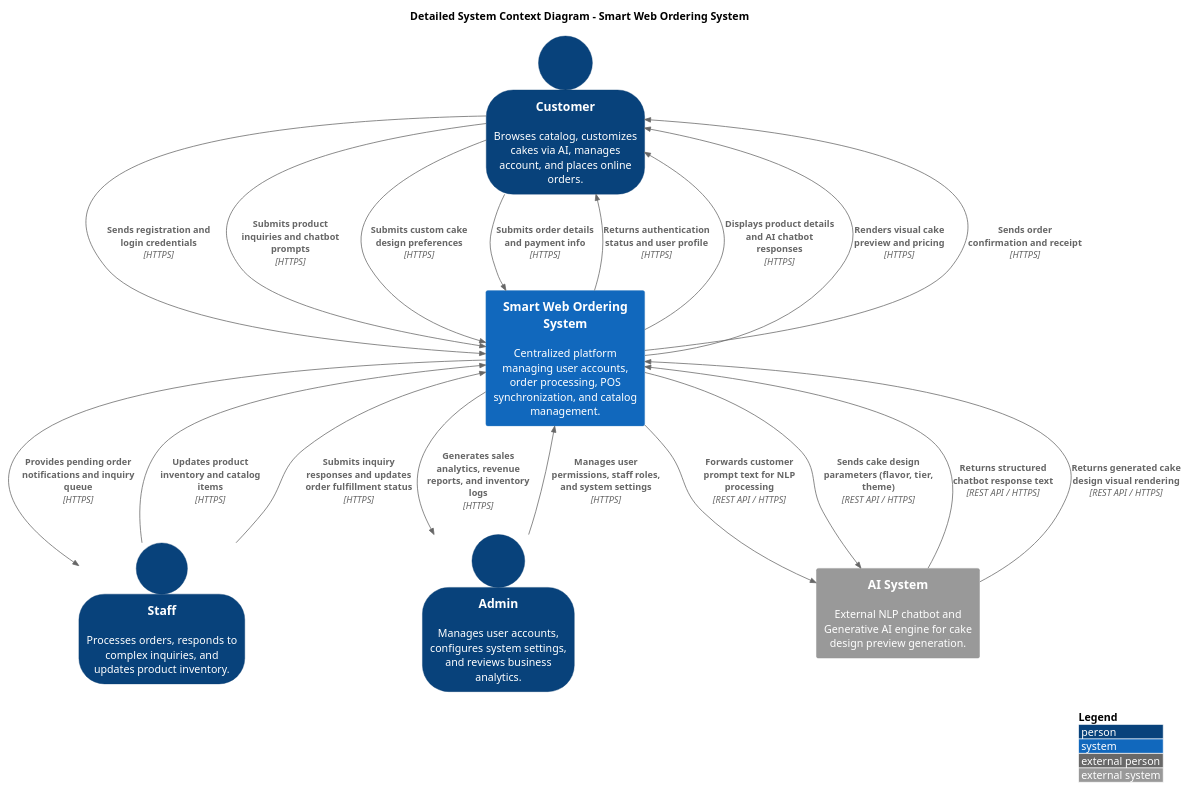
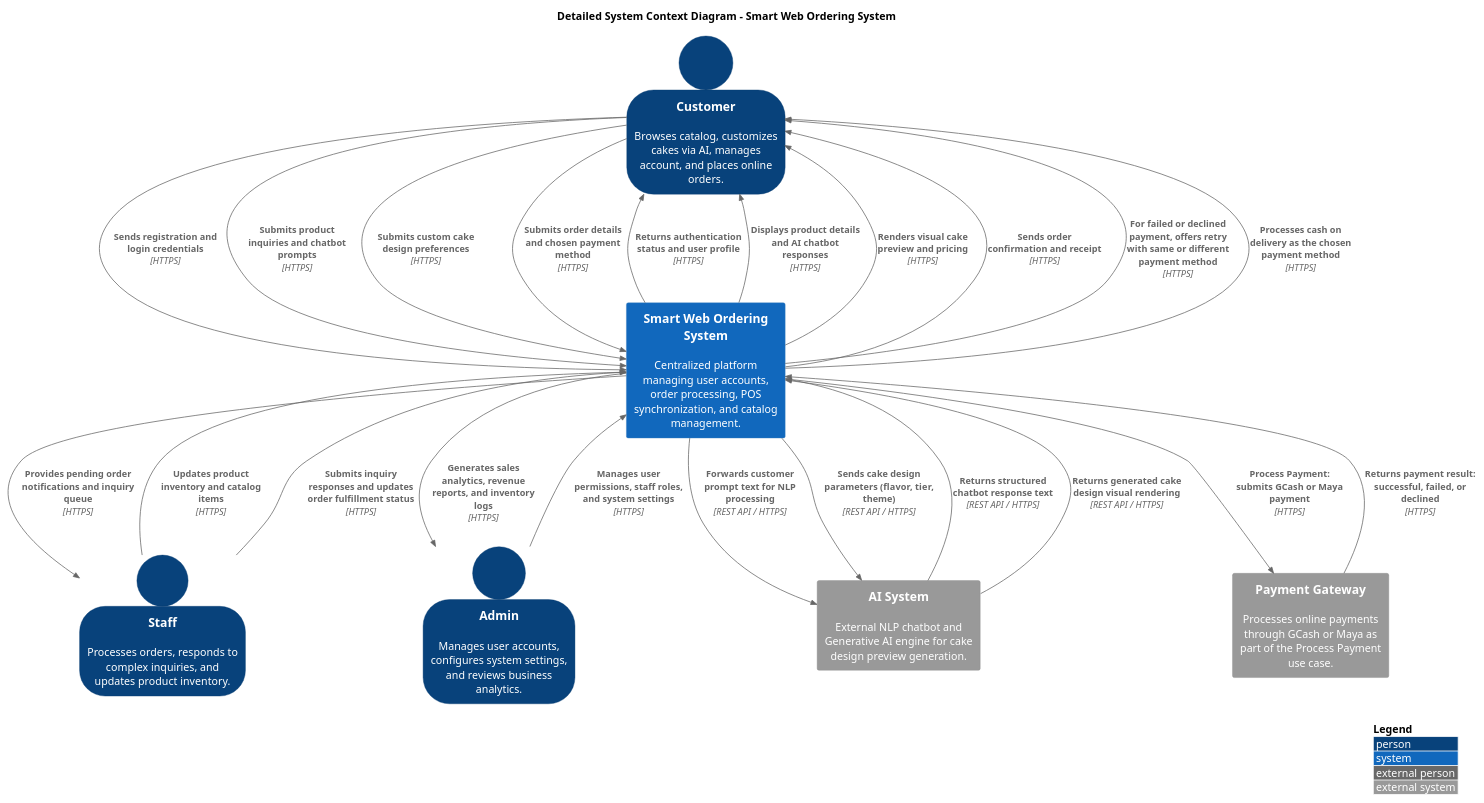
The diagram in PBL/MSYADD/SYSTEM CONTEXT DIAGRAM.puml (APC-SoCIT/APC-2026-2027-T1-IT241-Grp7-Smart-Web-Order-System-for-Mama-Co), drawn with PlantUML before and after one commit.

Commit message:
Update System Context Diagram with added payment details
add Payment Gateway & align terms that was used in the UCD

```diff
--- a/PBL/MSYADD/SYSTEM CONTEXT DIAGRAM.puml
+++ b/PBL/MSYADD/SYSTEM CONTEXT DIAGRAM.puml
@@ -1,49 +1,56 @@
-@startuml
+@startuml System_Context_Diagram
 !include https://raw.githubusercontent.com/plantuml-stdlib/C4-PlantUML/master/C4_Context.puml
 
 SHOW_PERSON_OUTLINE()
 LAYOUT_WITH_LEGEND()
 
 title Detailed System Context Diagram - Smart Web Ordering System
 
 ' Actors
 Person(customer, "Customer", "Browses catalog, customizes cakes via AI, manages account, and places online orders.")
 Person(staff, "Staff", "Processes orders, responds to complex inquiries, and updates product inventory.")
 Person(admin, "Admin", "Manages user accounts, configures system settings, and reviews business analytics.")
 
 ' Primary Boundary
 System(ordering_system, "Smart Web Ordering System", "Centralized platform managing user accounts, order processing, POS synchronization, and catalog management.")
 
 ' External Systems
 System_Ext(ai_system, "AI System", "External NLP chatbot and Generative AI engine for cake design preview generation.")
+System_Ext(payment_gateway, "Payment Gateway", "Processes online payments through GCash or Maya as part of the Process Payment use case.")
 
 ' Customer
 Rel(customer, ordering_system, "Sends registration and login credentials", "HTTPS")
 Rel(ordering_system, customer, "Returns authentication status and user profile", "HTTPS")
 
 Rel(customer, ordering_system, "Submits product inquiries and chatbot prompts", "HTTPS")
 Rel(ordering_system, customer, "Displays product details and AI chatbot responses", "HTTPS")
 
 Rel(customer, ordering_system, "Submits custom cake design preferences", "HTTPS")
 Rel(ordering_system, customer, "Renders visual cake preview and pricing", "HTTPS")
 
-Rel(customer, ordering_system, "Submits order details and payment info", "HTTPS")
+Rel(customer, ordering_system, "Submits order details and chosen payment method", "HTTPS")
 Rel(ordering_system, customer, "Sends order confirmation and receipt", "HTTPS")
+
+' Payment Gateway
+Rel(ordering_system, payment_gateway, "Process Payment: submits GCash or Maya payment", "HTTPS")
+Rel(payment_gateway, ordering_system, "Returns payment result: successful, failed, or declined", "HTTPS")
+Rel(ordering_system, customer, "For failed or declined payment, offers retry with same or different payment method", "HTTPS")
+Rel(ordering_system, customer, "Processes cash on delivery as the chosen payment method", "HTTPS")
 
 ' Staff
 Rel(staff, ordering_system, "Updates product inventory and catalog items", "HTTPS")
 Rel(ordering_system, staff, "Provides pending order notifications and inquiry queue", "HTTPS")
 Rel(staff, ordering_system, "Submits inquiry responses and updates order fulfillment status", "HTTPS")
 
 ' Admin
 Rel(admin, ordering_system, "Manages user permissions, staff roles, and system settings", "HTTPS")
 Rel(ordering_system, admin, "Generates sales analytics, revenue reports, and inventory logs", "HTTPS")
 
 ' AI System
 Rel(ordering_system, ai_system, "Forwards customer prompt text for NLP processing", "REST API / HTTPS")
 Rel(ai_system, ordering_system, "Returns structured chatbot response text", "REST API / HTTPS")
 
 Rel(ordering_system, ai_system, "Sends cake design parameters (flavor, tier, theme)", "REST API / HTTPS")
 Rel(ai_system, ordering_system, "Returns generated cake design visual rendering", "REST API / HTTPS")
 
 @enduml
```
